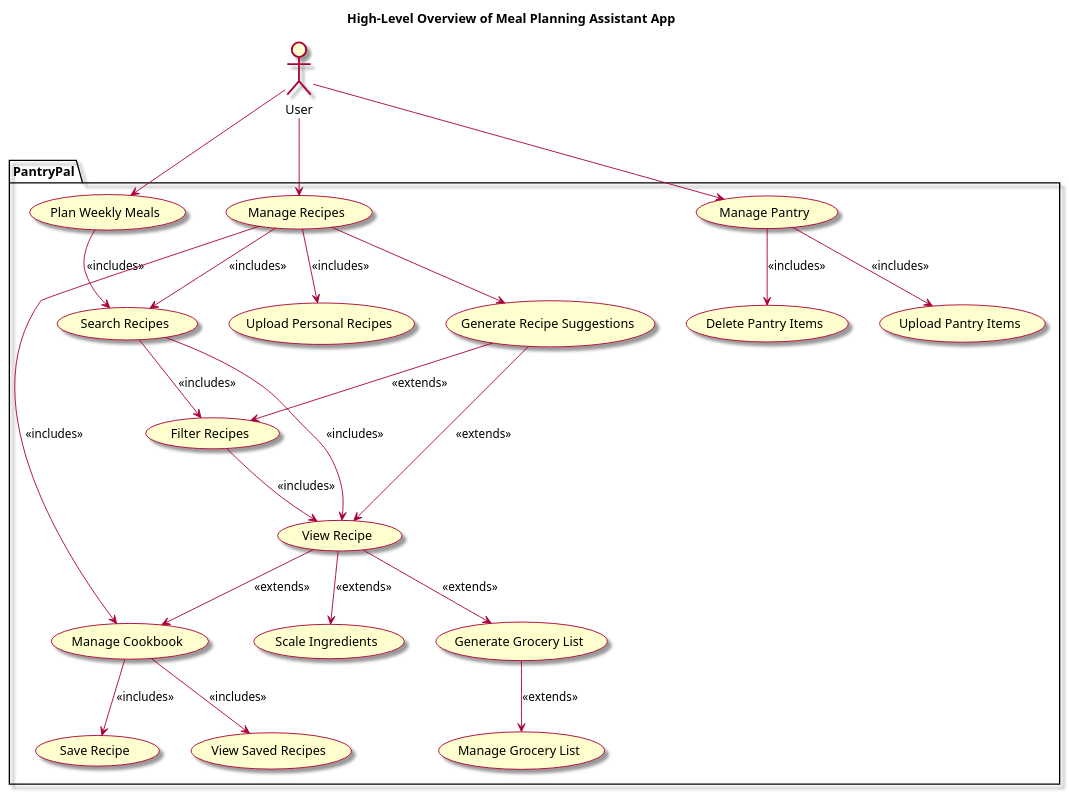
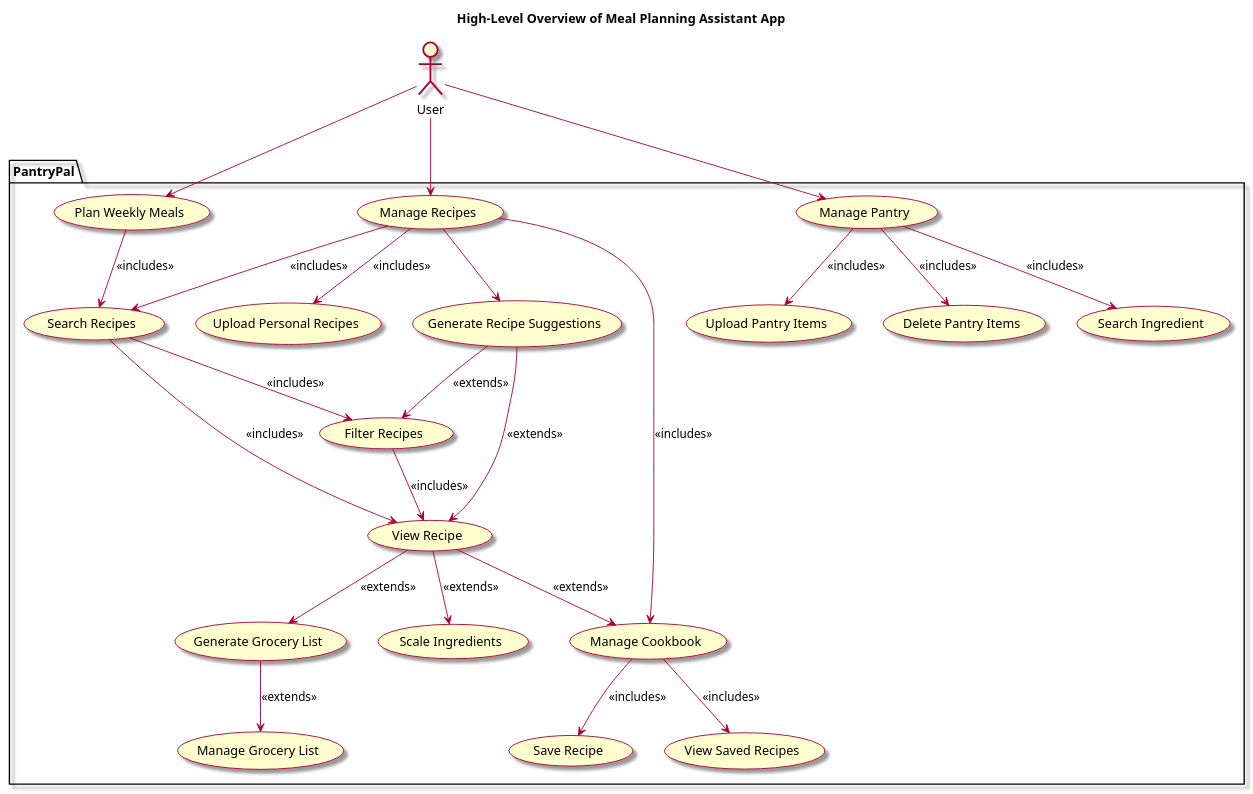
One commit to berthashipper/Pantry-Pal-Android-Application changed the diagram in intellij/doc/vision.md. Above: the diagram before and after it, drawn with PlantUML. The commit also changed 9 other files, not shown here.

Commit message:
Improved pantry functionality and fleshed out new search_ingredient use case

````diff
--- a/intellij/doc/vision.md
+++ b/intellij/doc/vision.md
@@ -27,63 +27,65 @@
 ```plantuml
 @startuml
 skin rose
 
 title High-Level Overview of Meal Planning Assistant App
 
 ' Human actor
 actor "User" as user
 
 
 ' List all use cases in package
 package PantryPal {
     usecase "Manage Pantry" as managepantry
    
     usecase "Upload Pantry Items" as uploadPantryItems
     usecase "Generate Recipe Suggestions" as generateRecipeSuggestions
     usecase "Filter Recipes" as filterRecipes
     usecase "Scale Ingredients" as scaleIngredients
     usecase "Upload Personal Recipes" as uploadPersonalRecipes
     usecase "Plan Weekly Meals" as planWeeklyMeals
     usecase "Generate Grocery List" as generateGroceryList
     usecase "Search Recipes" as searchRecipes
     usecase "Delete Pantry Items" as deletePantryItems
     usecase "View Recipe" as view    
     usecase "Manage Grocery List" as managegl
     usecase "Manage Recipes" as manager
     usecase "Save Recipe" as saver
     usecase "Manage Cookbook" as cookbook
     usecase "View Saved Recipes" as viewsr
+    usecase "Search Ingredient" as searching
     
 }
 
 ' Associations
 user --> managepantry
 managepantry -down-> uploadPantryItems: <<includes>>
 managepantry -down-> deletePantryItems: <<includes>>
 
 user --> manager
 manager --> searchRecipes: <<includes>>
 manager --> uploadPersonalRecipes: <<includes>>
 manager -> generateRecipeSuggestions <<extends>>
 
 searchRecipes -down-> filterRecipes: <<includes>>
 generateRecipeSuggestions -down-> view: <<extends>>
 generateRecipeSuggestions -down-> filterRecipes: <<extends>>
 filterRecipes -down-> view: <<includes>>
 
 user --> planWeeklyMeals
 planWeeklyMeals -down-> searchRecipes: <<includes>>
 
 searchRecipes --> view: <<includes>>
 view --> scaleIngredients: <<extends>>
 
 view --> generateGroceryList: <<extends>>
 generateGroceryList --> managegl: <<extends>>
 view --> cookbook: <<extends>>
 cookbook --> saver: <<includes>>
 cookbook --> viewsr: <<includes>>
 manager -down--> cookbook: <<includes>>
+managepantry --> searching: <<includes>>
 
 
 @enduml
 ```
````
